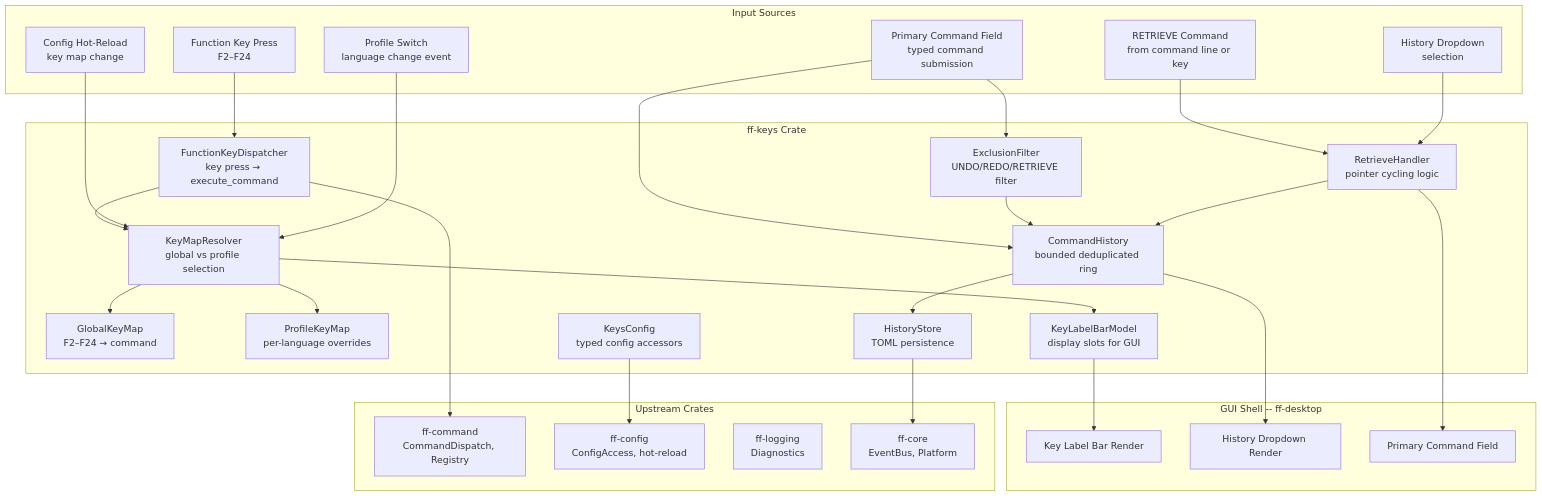
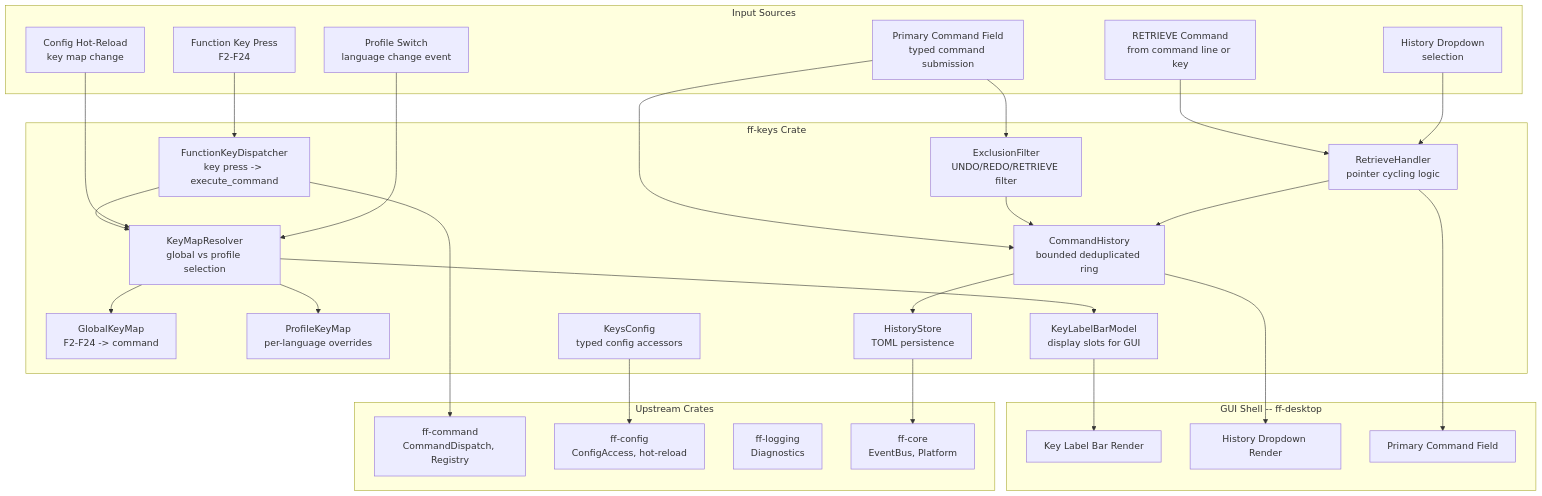
Before and after one commit to AlanWynne/FileForgeWorkbench: the diagram in docs/specs/function-keys-and-history/design.md, drawn with Mermaid. The commit also changed other lines of this file and 25 other files, not shown here.

````diff
--- a/docs/specs/function-keys-and-history/design.md
+++ b/docs/specs/function-keys-and-history/design.md
@@ -67,63 +67,63 @@
 ```mermaid
 graph TD
     subgraph Input Sources
-        FK[Function Key Press<br/>F2–F24]
+        FK[Function Key Press<br/>F2-F24]
         CMD[Primary Command Field<br/>typed command submission]
         RET[RETRIEVE Command<br/>from command line or key]
         DD[History Dropdown<br/>selection]
         CFG_CHANGE[Config Hot-Reload<br/>key map change]
         PROF_CHANGE[Profile Switch<br/>language change event]
     end
 
     subgraph ff-keys [ff-keys Crate]
         KMR[KeyMapResolver<br/>global vs profile selection]
-        GKM[GlobalKeyMap<br/>F2–F24 → command]
+        GKM[GlobalKeyMap<br/>F2-F24 -> command]
         PKM[ProfileKeyMap<br/>per-language overrides]
         KLB[KeyLabelBarModel<br/>display slots for GUI]
-        FKD[FunctionKeyDispatcher<br/>key press → execute_command]
+        FKD[FunctionKeyDispatcher<br/>key press -> execute_command]
         HIST[CommandHistory<br/>bounded deduplicated ring]
         RETR[RetrieveHandler<br/>pointer cycling logic]
         HSTORE[HistoryStore<br/>TOML persistence]
         EXCL[ExclusionFilter<br/>UNDO/REDO/RETRIEVE filter]
         KCFG[KeysConfig<br/>typed config accessors]
     end
 
     subgraph Upstream [Upstream Crates]
         CMDF[ff-command<br/>CommandDispatch, Registry]
         CONFIG[ff-config<br/>ConfigAccess, hot-reload]
         LOG[ff-logging<br/>Diagnostics]
         CORE[ff-core<br/>EventBus, Platform]
     end
 
     subgraph Shell [GUI Shell -- ff-desktop]
         LABEL_RENDER[Key Label Bar Render]
         DROPDOWN_RENDER[History Dropdown Render]
         CMD_FIELD[Primary Command Field]
     end
 
     FK --> FKD
     FKD --> KMR
     KMR --> GKM
     KMR --> PKM
     FKD --> CMDF
 
     CMD --> HIST
     CMD --> EXCL
     EXCL --> HIST
     RET --> RETR
     RETR --> HIST
     DD --> RETR
 
     CFG_CHANGE --> KMR
     PROF_CHANGE --> KMR
     KMR --> KLB
 
     KLB --> LABEL_RENDER
     HIST --> DROPDOWN_RENDER
     RETR --> CMD_FIELD
 
     KCFG --> CONFIG
     HSTORE --> CORE
 
     HIST --> HSTORE
 ```
````
